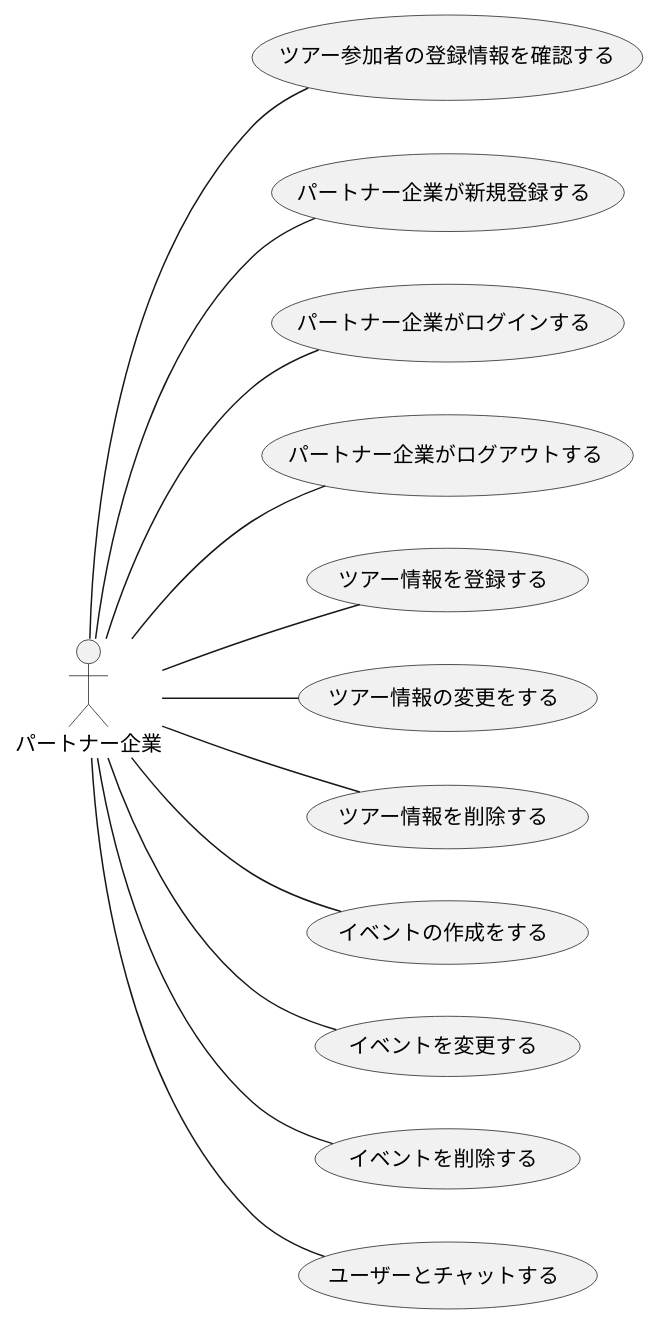
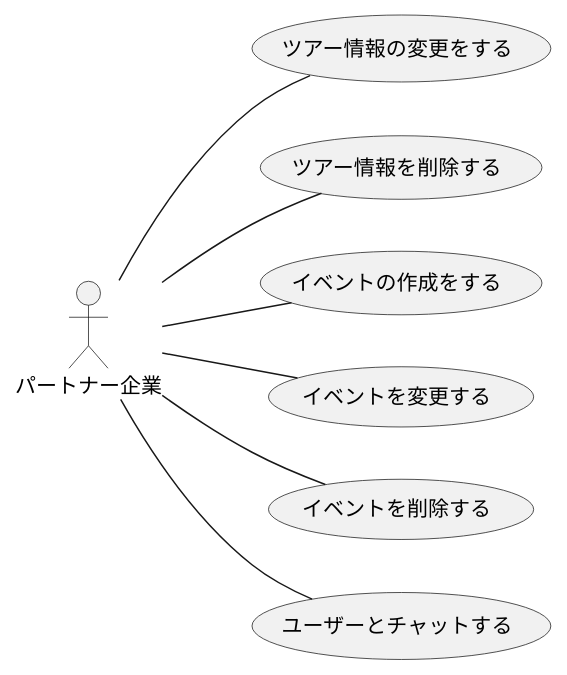
One commit to ksw2270227/GroupF changed the second of 2 diagrams in F_usecase_client.plantuml. Above: the diagram before and after it, drawn with PlantUML. The commit also changed other lines of this file and 2 other files, not shown here.

```diff
--- a/F_usecase_client.plantuml
+++ b/F_usecase_client.plantuml
@@ -1,18 +13,13 @@
-@startuml パートナー企業_usecase
+@startuml パートナー企業_usecase(2)
 left to right direction
 actor パートナー企業
 
-パートナー企業 -- (ツアー参加者の登録情報を確認する)
-パートナー企業 -- (パートナー企業が新規登録する)
-パートナー企業 -- (パートナー企業がログインする)
-パートナー企業 -- (パートナー企業がログアウトする)
-パートナー企業 -- (ツアー情報を登録する)
 パートナー企業 -- (ツアー情報の変更をする)
 パートナー企業 -- (ツアー情報を削除する)
 パートナー企業 -- (イベントの作成をする)
 パートナー企業 -- (イベントを変更する)
 パートナー企業 -- (イベントを削除する)
 パートナー企業 -- (ユーザーとチャットする)
 
 
 @enduml
```
